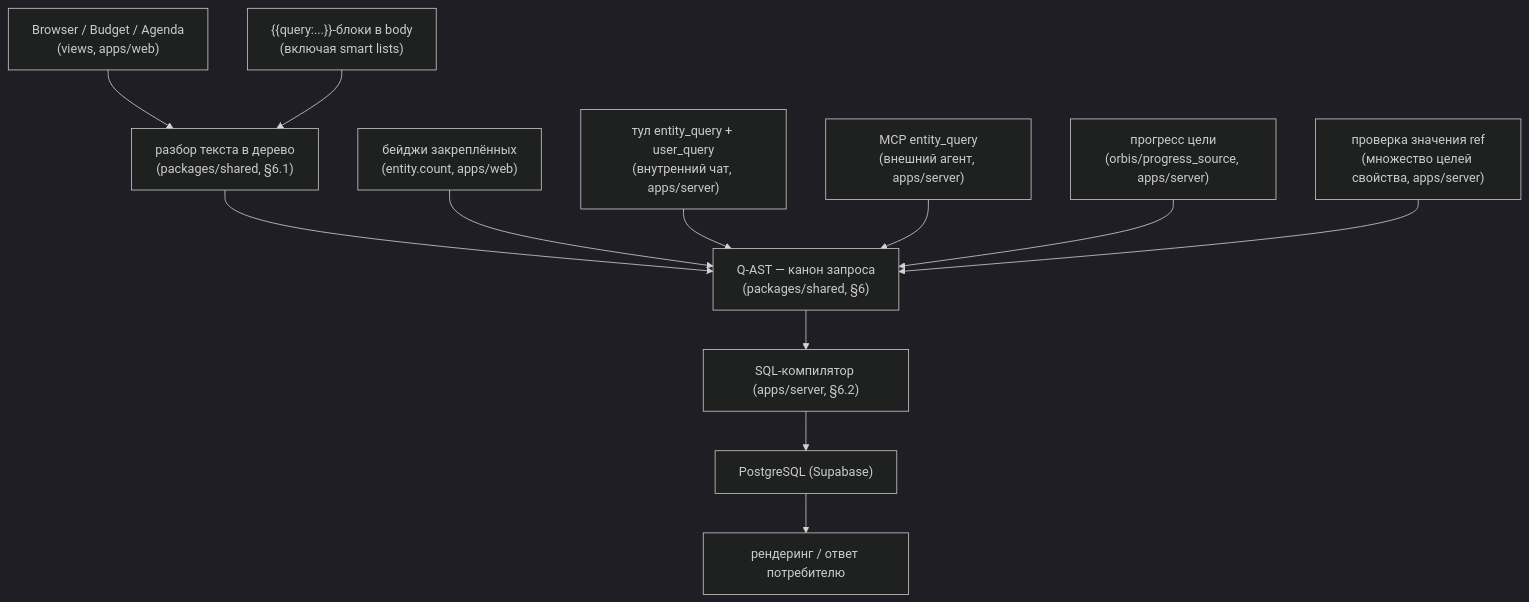
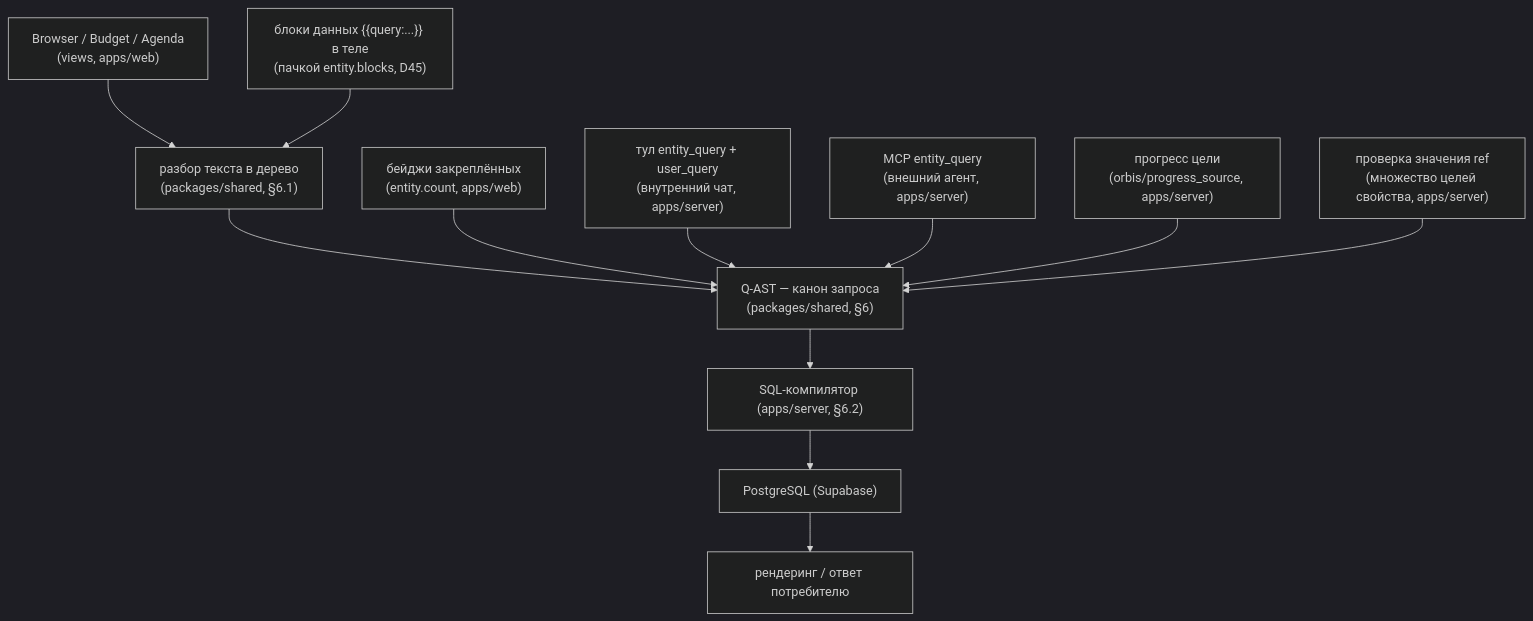
The third of 8 diagrams in docs/implementation/00-architecture.md (qvenge/orbis), drawn with Mermaid (dark theme) before and after one commit. The commit also changed other lines of this file and 7 other files, not shown here.

````diff
--- a/docs/implementation/00-architecture.md
+++ b/docs/implementation/00-architecture.md
@@ -138,23 +163,23 @@
 ```mermaid
 flowchart TD
     Browser["Browser / Budget / Agenda\n(views, apps/web)"]
-    BodyQuery["{{query:...}}-блоки в body\n(включая smart lists)"]
+    BodyQuery["блоки данных {{query:...}} в теле\n(пачкой entity.blocks, D45)"]
     Badges["бейджи закреплённых\n(entity.count, apps/web)"]
     AIEntityQuery["тул entity_query + user_query\n(внутренний чат, apps/server)"]
     MCPEntityQuery["MCP entity_query\n(внешний агент, apps/server)"]
     Goals["прогресс цели\n(orbis/progress_source, apps/server)"]
     RefCheck["проверка значения ref\n(множество целей свойства, apps/server)"]
 
     Browser --> Text
     BodyQuery --> Text
     Text["разбор текста в дерево\n(packages/shared, §6.1)"] --> Ast
     Badges --> Ast
     AIEntityQuery --> Ast
     MCPEntityQuery --> Ast
     Goals --> Ast
     RefCheck --> Ast
 
     Ast["Q-AST — канон запроса\n(packages/shared, §6)"] --> SQLCompiler["SQL-компилятор (apps/server, §6.2)"]
     SQLCompiler --> Postgres["PostgreSQL (Supabase)"]
     Postgres --> Render["рендеринг / ответ потребителю"]
 ```
````
